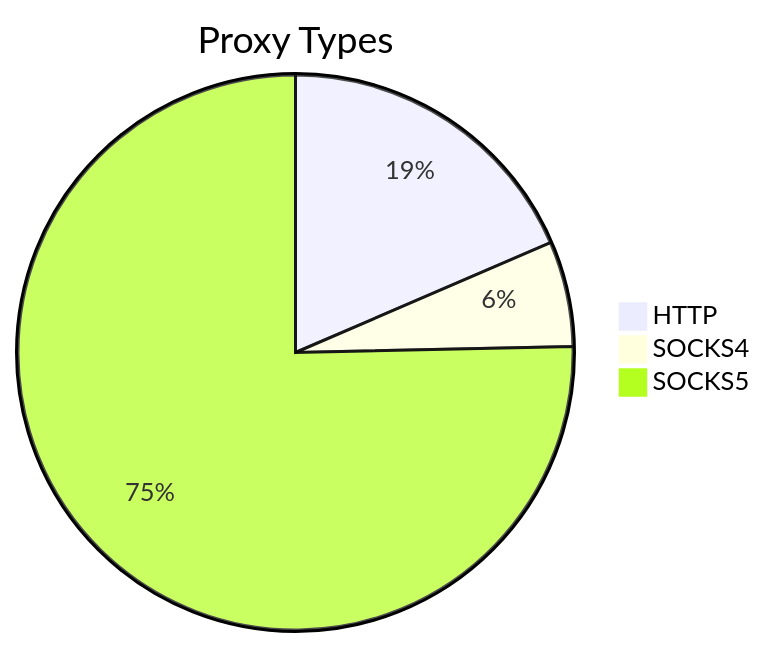
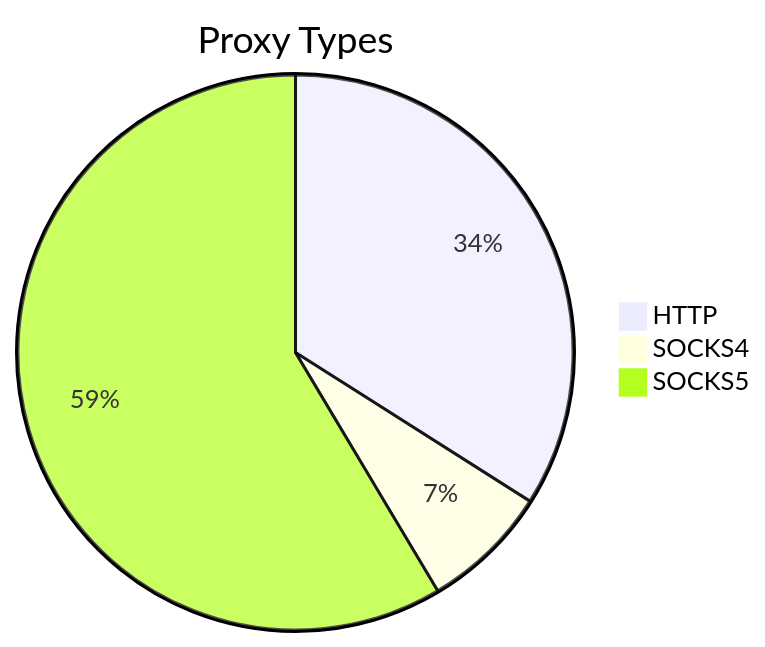
Before and after one commit to stormsia/proxy-list: the first of 2 diagrams in README.md, drawn with Mermaid. The commit also changed other lines of this file, not shown here.

````diff
--- a/README.md
+++ b/README.md
@@ -21,6 +21,6 @@
 ```mermaid
 pie title Proxy Types
-    "HTTP" : 151
-    "SOCKS4" : 50
-    "SOCKS5" : 614
+    "HTTP" : 137
+    "SOCKS4" : 30
+    "SOCKS5" : 236
 ```
````
